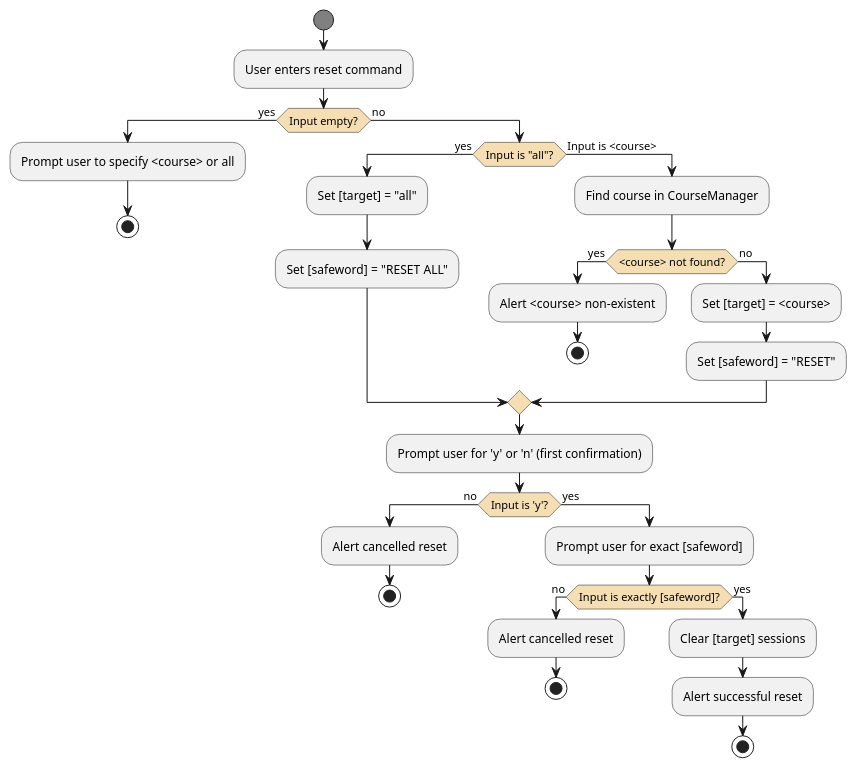
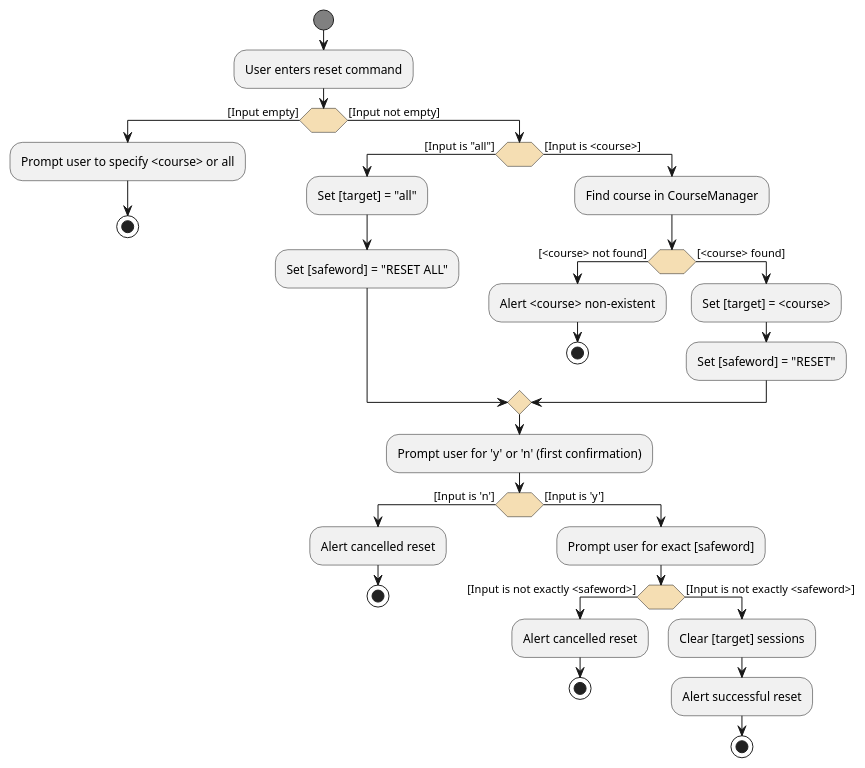
Before and after one commit to t-kandasami/tp: the diagram in docs/diagrams/ResetFunctionDiagram.puml, drawn with PlantUML.

Commit message:
refactor: Update reset activity diagram according to course requirements

```diff
--- a/docs/diagrams/ResetFunctionDiagram.puml
+++ b/docs/diagrams/ResetFunctionDiagram.puml
@@ -1,53 +1,53 @@
 @startuml
 'https://plantuml.com/activity-diagram-beta
 
 skinparam ActivityStartColor #Gray
 skinparam ActivityEndColor #Gray
 skinparam ActivityDiamondBackgroundColor #Wheat
 skinparam Padding 1
 skinparam ParticipantPadding 1
 skinparam BoxPadding 1
 
 start
 
 :User enters reset command;
 
-if (Input empty?) then (yes)
+if () then ([Input empty])
     :Prompt user to specify <course> or all;
     stop
-else (no)
+else ([Input not empty])
 
-if (Input is "all"?) then (yes)
+if () then ([Input is "all"])
     :Set [target] = "all";
     :Set [safeword] = "RESET ALL";
 
-else (Input is <course>)
+else ([Input is <course>])
     :Find course in CourseManager;
-    if (<course> not found?) then (yes)
+    if () then ([<course> not found])
         :Alert <course> non-existent;
         stop
-    else (no)
+    else ([<course> found])
     :Set [target] = <course>;
     :Set [safeword] = "RESET";
     endif
 endif
 
 :Prompt user for 'y' or 'n' (first confirmation);
 
-if (Input is 'y'?) then (no)
+if () then ([Input is 'n'])
     :Alert cancelled reset;
     stop
-else (yes)
+else ([Input is 'y'])
 
 :Prompt user for exact [safeword];
 
-if (Input is exactly [safeword]?) then (no)
+if () then ([Input is not exactly <safeword>])
     :Alert cancelled reset;
     stop
-else (yes)
+else ([Input is not exactly <safeword>])
 
 :Clear [target] sessions;
 :Alert successful reset;
 
 stop
 @enduml
```
